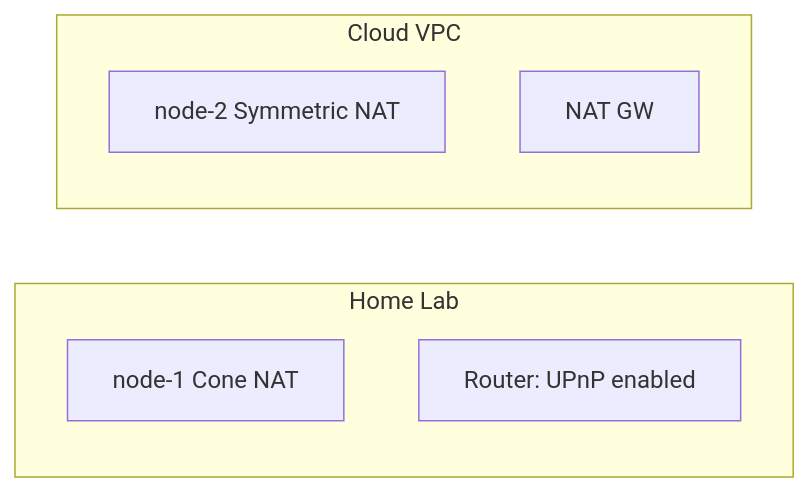
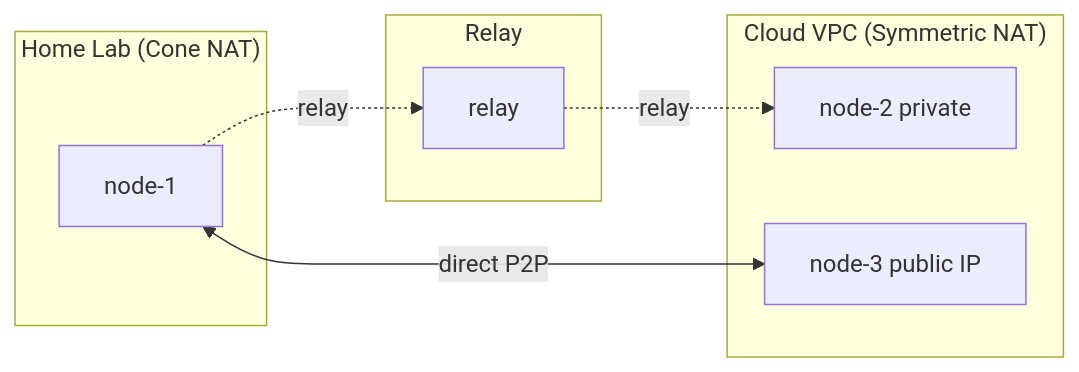
Before and after one commit to inerplat/wirekube: the fourth of 6 diagrams in docs/operations/topologies.md, drawn with Mermaid. The commit also changed other lines of this file and 20 other files, not shown here.

````diff
--- a/docs/operations/topologies.md
+++ b/docs/operations/topologies.md
@@ -88,11 +88,16 @@
 ```mermaid
 flowchart LR
-    subgraph Home["Home Lab"]
-        N1[node-1 Cone NAT]
-        UPnP[Router: UPnP enabled]
+    subgraph Home["Home Lab (Cone NAT)"]
+        N1[node-1]
     end
-    subgraph Cloud["Cloud VPC"]
-        N2[node-2 Symmetric NAT]
-        NAT[NAT GW]
+    subgraph Cloud["Cloud VPC (Symmetric NAT)"]
+        N2[node-2 private]
+        N3[node-3 public IP]
     end
+    subgraph Relay
+        R[relay]
+    end
+    N1 -.->|relay| R
+    R -.->|relay| N2
+    N1 <-->|direct P2P| N3
 ```
````
